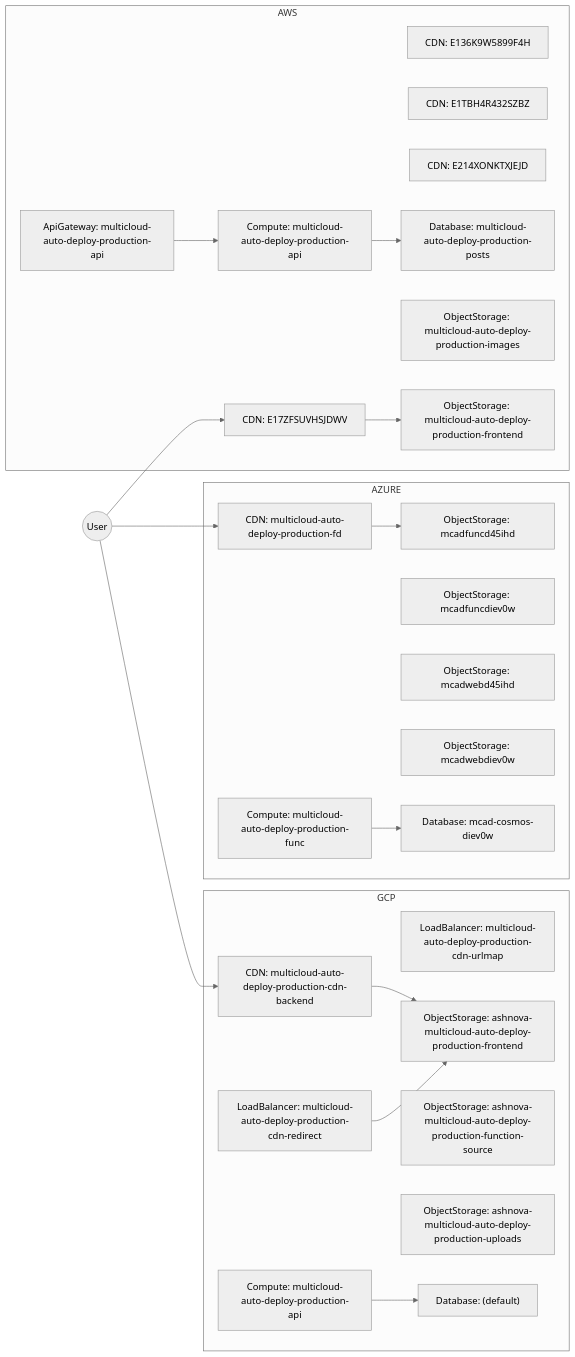
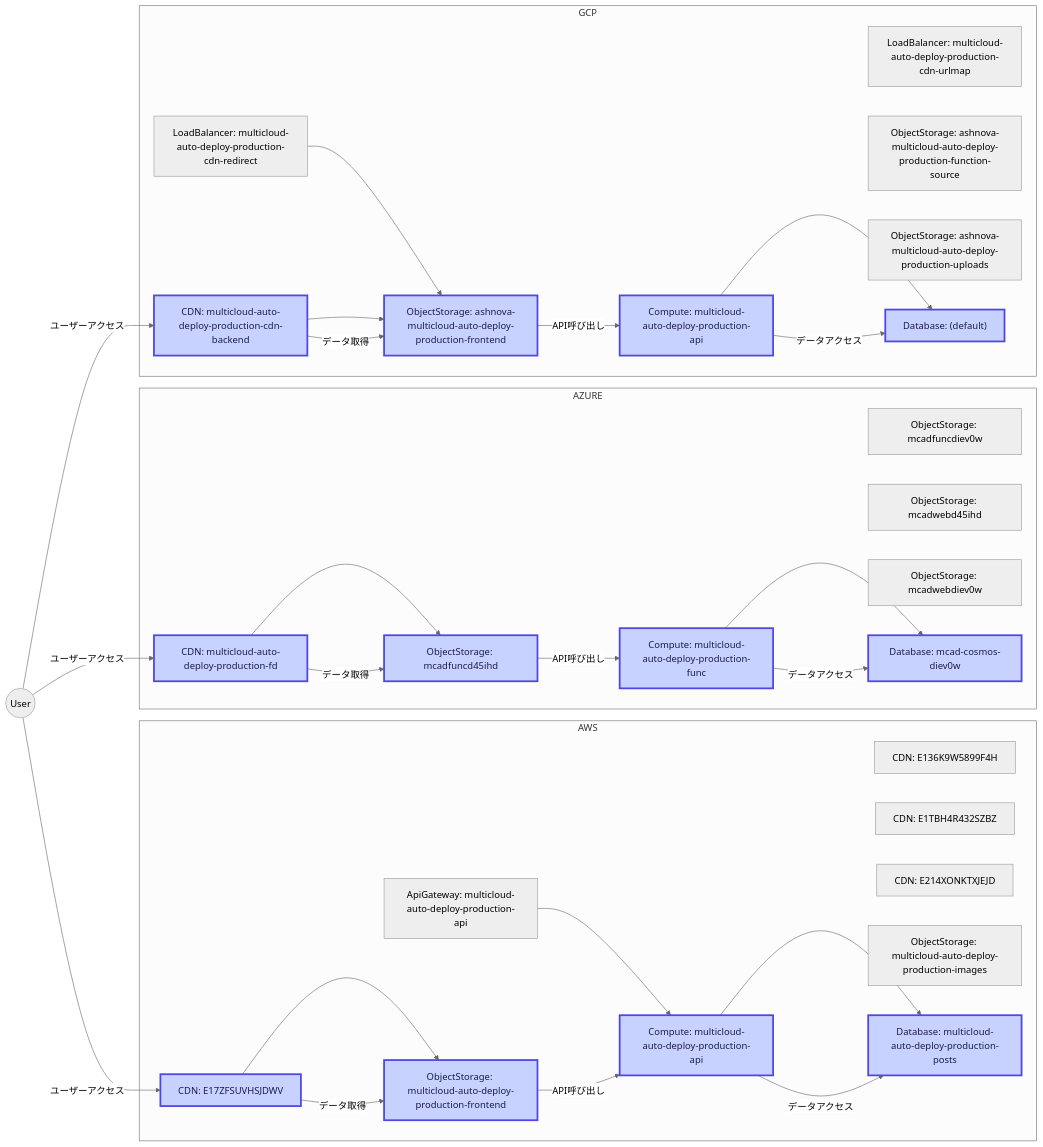
Before and after one commit to PLAYER1-r7/multicloud-auto-deploy: the diagram in docs/generated/architecture/architecture.production.mmd, drawn with Mermaid (neutral theme). The commit also changed 13 other files, not shown here.

```diff
--- a/docs/generated/architecture/architecture.production.mmd
+++ b/docs/generated/architecture/architecture.production.mmd
@@ -1,43 +1,65 @@
 flowchart LR
   User((User))
   subgraph AWS[AWS]
     aws_cdn-E17ZFSUVHSJDWV["CDN: E17ZFSUVHSJDWV"]
     aws_cdn-E136K9W5899F4H["CDN: E136K9W5899F4H"]
     aws_cdn-E1TBH4R432SZBZ["CDN: E1TBH4R432SZBZ"]
     aws_cdn-E214XONKTXJEJD["CDN: E214XONKTXJEJD"]
     aws_object_storage-multicloud-auto-deploy-production-frontend["ObjectStorage: multicloud-auto-deploy-production-frontend"]
     aws_object_storage-multicloud-auto-deploy-production-images["ObjectStorage: multicloud-auto-deploy-production-images"]
     aws_api_gateway-multicloud-auto-deploy-production-api["ApiGateway: multicloud-auto-deploy-production-api"]
     aws_compute-multicloud-auto-deploy-production-api["Compute: multicloud-auto-deploy-production-api"]
     aws_database-multicloud-auto-deploy-production-posts["Database: multicloud-auto-deploy-production-posts"]
     aws_cdn-E17ZFSUVHSJDWV --> aws_object_storage-multicloud-auto-deploy-production-frontend
     aws_api_gateway-multicloud-auto-deploy-production-api --> aws_compute-multicloud-auto-deploy-production-api
     aws_compute-multicloud-auto-deploy-production-api --> aws_database-multicloud-auto-deploy-production-posts
   end
   subgraph AZURE[AZURE]
     azure_cdn-multicloud-auto-deploy-production-fd["CDN: multicloud-auto-deploy-production-fd"]
     azure_object_storage-mcadfuncd45ihd["ObjectStorage: mcadfuncd45ihd"]
     azure_object_storage-mcadfuncdiev0w["ObjectStorage: mcadfuncdiev0w"]
     azure_object_storage-mcadwebd45ihd["ObjectStorage: mcadwebd45ihd"]
     azure_object_storage-mcadwebdiev0w["ObjectStorage: mcadwebdiev0w"]
     azure_compute-multicloud-auto-deploy-production-func["Compute: multicloud-auto-deploy-production-func"]
     azure_database-mcad-cosmos-diev0w["Database: mcad-cosmos-diev0w"]
     azure_cdn-multicloud-auto-deploy-production-fd --> azure_object_storage-mcadfuncd45ihd
     azure_compute-multicloud-auto-deploy-production-func --> azure_database-mcad-cosmos-diev0w
   end
   subgraph GCP[GCP]
     gcp_cdn-multicloud-auto-deploy-production-cdn-backend["CDN: multicloud-auto-deploy-production-cdn-backend"]
     gcp_load_balancer-multicloud-auto-deploy-production-cdn-redirect["LoadBalancer: multicloud-auto-deploy-production-cdn-redirect"]
     gcp_load_balancer-multicloud-auto-deploy-production-cdn-urlmap["LoadBalancer: multicloud-auto-deploy-production-cdn-urlmap"]
     gcp_compute-multicloud-auto-deploy-production-api["Compute: multicloud-auto-deploy-production-api"]
     gcp_object_storage-ashnova-multicloud-auto-deploy-production-frontend["ObjectStorage: ashnova-multicloud-auto-deploy-production-frontend"]
     gcp_object_storage-ashnova-multicloud-auto-deploy-production-function-source["ObjectStorage: ashnova-multicloud-auto-deploy-production-function-source"]
     gcp_object_storage-ashnova-multicloud-auto-deploy-production-uploads["ObjectStorage: ashnova-multicloud-auto-deploy-production-uploads"]
     gcp_database-default["Database: (default)"]
     gcp_load_balancer-multicloud-auto-deploy-production-cdn-redirect --> gcp_object_storage-ashnova-multicloud-auto-deploy-production-frontend
     gcp_cdn-multicloud-auto-deploy-production-cdn-backend --> gcp_object_storage-ashnova-multicloud-auto-deploy-production-frontend
     gcp_compute-multicloud-auto-deploy-production-api --> gcp_database-default
   end
-  User --> aws_cdn-E17ZFSUVHSJDWV
-  User --> azure_cdn-multicloud-auto-deploy-production-fd
-  User --> gcp_cdn-multicloud-auto-deploy-production-cdn-backend
+  User -->|ユーザーアクセス| aws_cdn-E17ZFSUVHSJDWV
+  aws_cdn-E17ZFSUVHSJDWV -->|データ取得| aws_object_storage-multicloud-auto-deploy-production-frontend
+  aws_object_storage-multicloud-auto-deploy-production-frontend -->|API呼び出し| aws_compute-multicloud-auto-deploy-production-api
+  aws_compute-multicloud-auto-deploy-production-api -->|データアクセス| aws_database-multicloud-auto-deploy-production-posts
+  User -->|ユーザーアクセス| azure_cdn-multicloud-auto-deploy-production-fd
+  azure_cdn-multicloud-auto-deploy-production-fd -->|データ取得| azure_object_storage-mcadfuncd45ihd
+  azure_object_storage-mcadfuncd45ihd -->|API呼び出し| azure_compute-multicloud-auto-deploy-production-func
+  azure_compute-multicloud-auto-deploy-production-func -->|データアクセス| azure_database-mcad-cosmos-diev0w
+  User -->|ユーザーアクセス| gcp_cdn-multicloud-auto-deploy-production-cdn-backend
+  gcp_cdn-multicloud-auto-deploy-production-cdn-backend -->|データ取得| gcp_object_storage-ashnova-multicloud-auto-deploy-production-frontend
+  gcp_object_storage-ashnova-multicloud-auto-deploy-production-frontend -->|API呼び出し| gcp_compute-multicloud-auto-deploy-production-api
+  gcp_compute-multicloud-auto-deploy-production-api -->|データアクセス| gcp_database-default
+  classDef user_flow fill:#c7d2fe,stroke:#4f46e5,stroke-width:3px,color:#1e1b4b
+  class aws_cdn-E17ZFSUVHSJDWV user_flow
+  class gcp_database-default user_flow
+  class aws_compute-multicloud-auto-deploy-production-api user_flow
+  class azure_compute-multicloud-auto-deploy-production-func user_flow
+  class azure_cdn-multicloud-auto-deploy-production-fd user_flow
+  class gcp_cdn-multicloud-auto-deploy-production-cdn-backend user_flow
+  class aws_object_storage-multicloud-auto-deploy-production-frontend user_flow
+  class gcp_compute-multicloud-auto-deploy-production-api user_flow
+  class azure_object_storage-mcadfuncd45ihd user_flow
+  class gcp_object_storage-ashnova-multicloud-auto-deploy-production-frontend user_flow
+  class aws_database-multicloud-auto-deploy-production-posts user_flow
+  class azure_database-mcad-cosmos-diev0w user_flow
```
